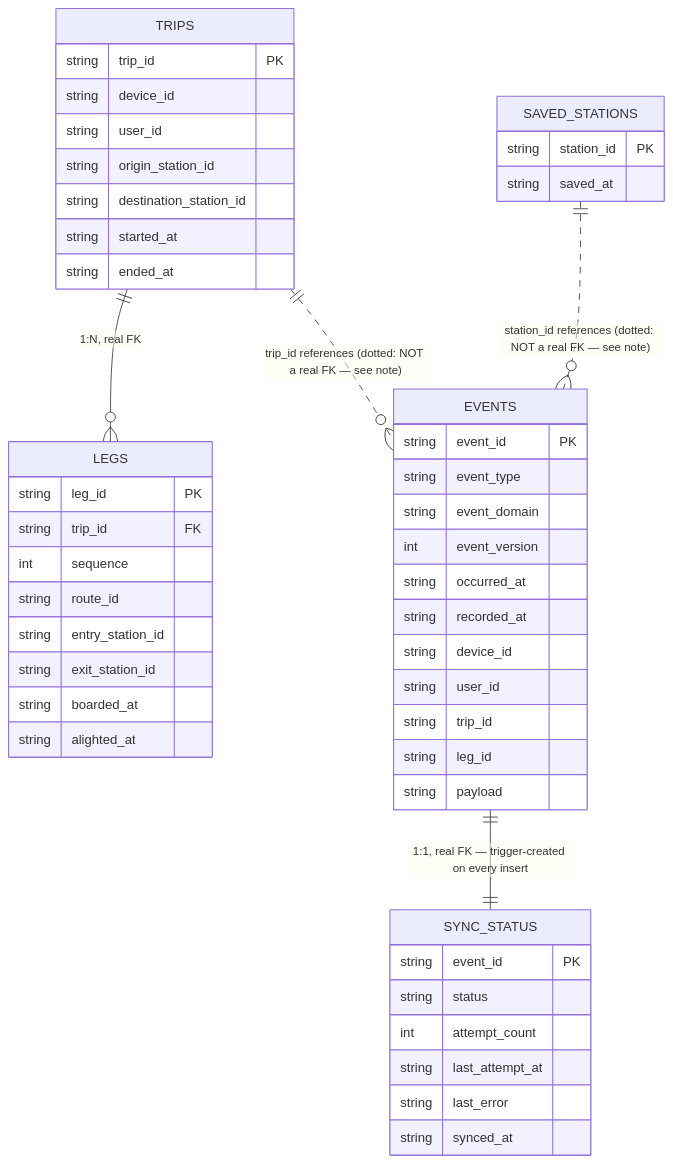
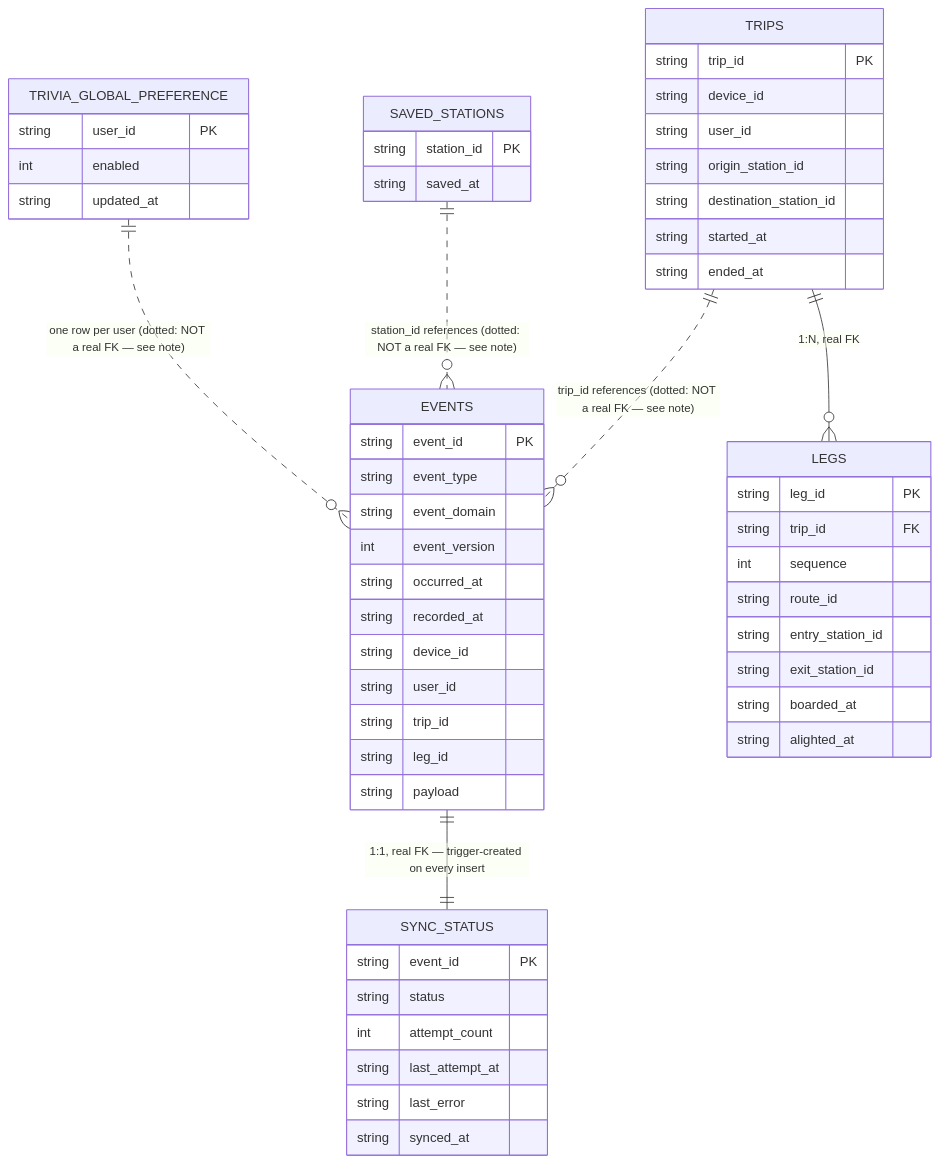
The first of 2 diagrams in docs/data-layer.md (vanbrantley/subway-quest), drawn with Mermaid before and after one commit. The commit also changed other lines of this file and 25 other files, not shown here.

````diff
--- a/docs/data-layer.md
+++ b/docs/data-layer.md
@@ -234,52 +266,58 @@
 ```mermaid
 erDiagram
     EVENTS {
         string event_id PK
         string event_type
         string event_domain
         int event_version
         string occurred_at
         string recorded_at
         string device_id
         string user_id
         string trip_id
         string leg_id
         string payload
     }
     SYNC_STATUS {
         string event_id PK
         string status
         int attempt_count
         string last_attempt_at
         string last_error
         string synced_at
     }
     TRIPS {
         string trip_id PK
         string device_id
         string user_id
         string origin_station_id
         string destination_station_id
         string started_at
         string ended_at
     }
     LEGS {
         string leg_id PK
         string trip_id FK
         int sequence
         string route_id
         string entry_station_id
         string exit_station_id
         string boarded_at
         string alighted_at
     }
     SAVED_STATIONS {
         string station_id PK
         string saved_at
     }
+    TRIVIA_GLOBAL_PREFERENCE {
+        string user_id PK
+        int enabled
+        string updated_at
+    }
 
     EVENTS ||--|| SYNC_STATUS : "1:1, real FK — trigger-created on every insert"
     TRIPS ||--o{ LEGS : "1:N, real FK"
     TRIPS ||..o{ EVENTS : "trip_id references (dotted: NOT a real FK — see note)"
     SAVED_STATIONS ||..o{ EVENTS : "station_id references (dotted: NOT a real FK — see note)"
+    TRIVIA_GLOBAL_PREFERENCE ||..o{ EVENTS : "one row per user (dotted: NOT a real FK — see note)"
 ```
````
